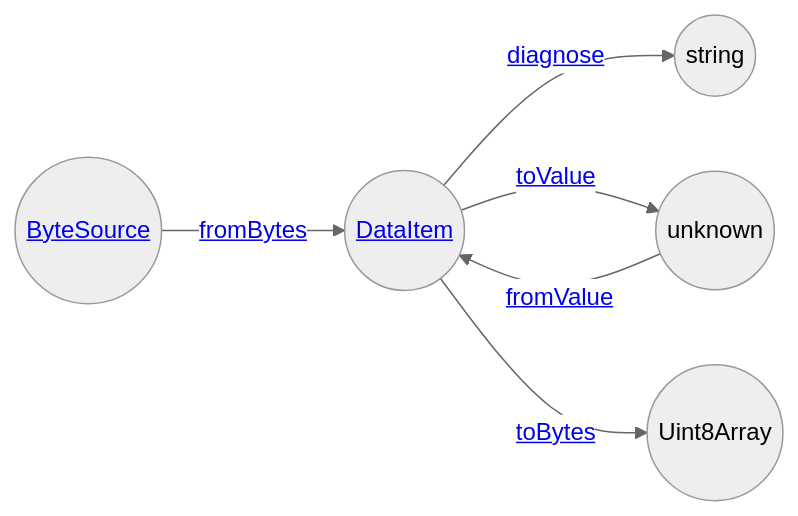
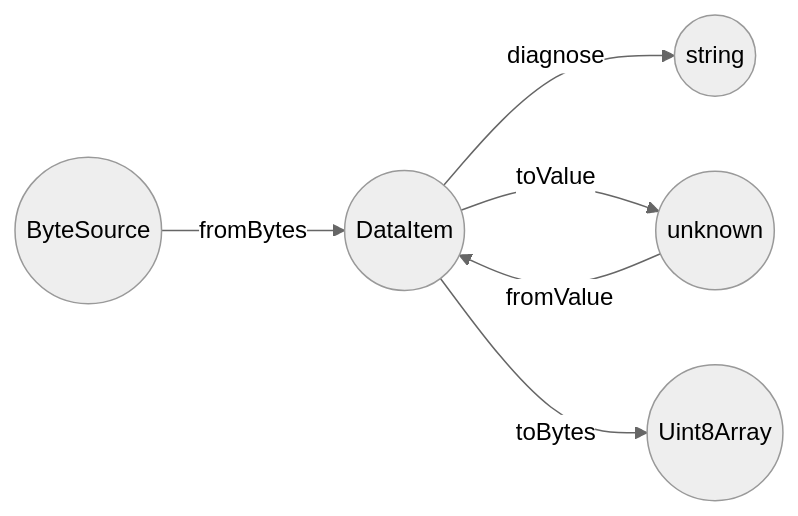
The diagram in README.md (yuhr/lossless-cbor), drawn with Mermaid before and after one commit.

Commit message:
docs: remove links that are not working (#2)

````diff
--- a/README.md
+++ b/README.md
@@ -59,29 +59,29 @@
 ```mermaid
 ---
 config:
   theme: neutral
   themeCSS: |-
     span.nodeLabel, span.edgeLabel {
       font-family: monospace !important;
       background: transparent;
     }
     div.labelBkg { background: transparent; }
     span.edgeLabel p {
       display: inline-flex;
       align-items: center;
       height: 1.5lh;
       padding: 0 0.75em;
       border: 1px solid gray;
       border-radius: 5px;
     }
 ---
 graph LR
-	B0((<a href="./src/ByteSource.ts">ByteSource</a>))
+	B0((ByteSource))
 	B1((Uint8Array))
-	D((<a href="./src/DataItem.ts">DataItem</a>))
+	D((DataItem))
 	V0((unknown))
 	V1((string))
-	D -->|<a href="./src/diagnose.ts">diagnose</a>| V1
-	B0 -->|<a href="./src/fromBytes.ts">fromBytes</a>| D -->|<a href="./src/toValue.ts">toValue</a>| V0
-	V0 -->|<a href="./src/fromValue.ts">fromValue</a>| D -->|<a href="./src/toBytes.ts">toBytes</a>| B1
+	D -->|diagnose| V1
+	B0 -->|fromBytes| D -->|toValue| V0
+	V0 -->|fromValue| D -->|toBytes| B1
 ```
````
